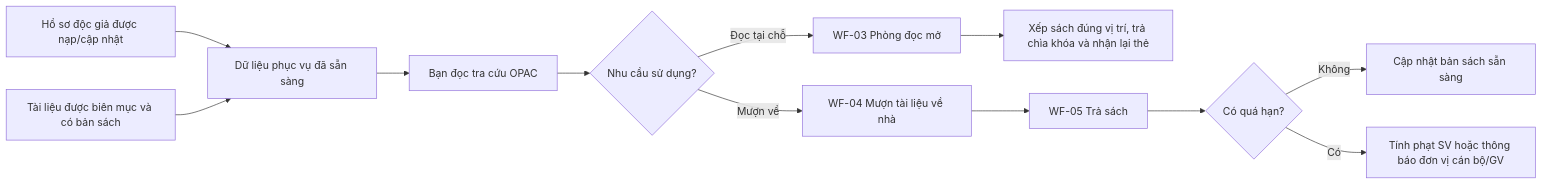
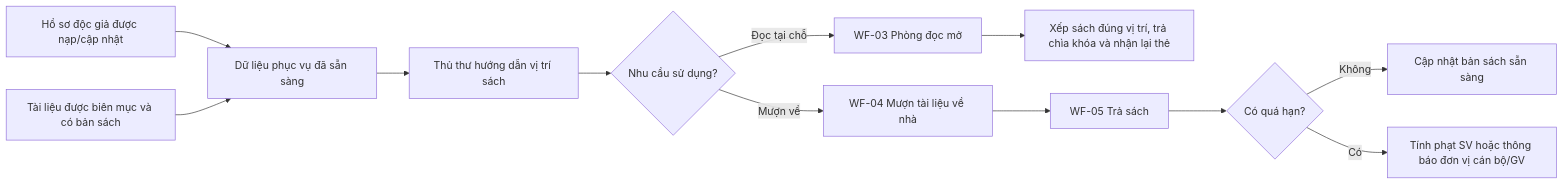
Before and after one commit to Jin01524/LTMMT-ThuVienDAU: the first of 9 diagrams in tai_lieu/Workflow.md, drawn with Mermaid. The commit also changed other lines of this file and 19 other files, not shown here.

````diff
--- a/tai_lieu/Workflow.md
+++ b/tai_lieu/Workflow.md
@@ -38,14 +38,14 @@
 ```mermaid
 flowchart LR
     profiles["Hồ sơ độc giả được nạp/cập nhật"] --> ready["Dữ liệu phục vụ đã sẵn sàng"]
     catalog["Tài liệu được biên mục và có bản sách"] --> ready
-    ready --> search["Bạn đọc tra cứu OPAC"]
+    ready --> search["Thủ thư hướng dẫn vị trí sách"]
     search --> choice{"Nhu cầu sử dụng?"}
     choice -->|"Đọc tại chỗ"| reading["WF-03 Phòng đọc mở"]
     reading --> reshelve["Xếp sách đúng vị trí, trả chìa khóa và nhận lại thẻ"]
     choice -->|"Mượn về"| loan["WF-04 Mượn tài liệu về nhà"]
     loan --> returnBook["WF-05 Trả sách"]
     returnBook --> overdue{"Có quá hạn?"}
     overdue -->|"Không"| available["Cập nhật bản sách sẵn sàng"]
     overdue -->|"Có"| policy["Tính phạt SV hoặc thông báo đơn vị cán bộ/GV"]
 ```
````
